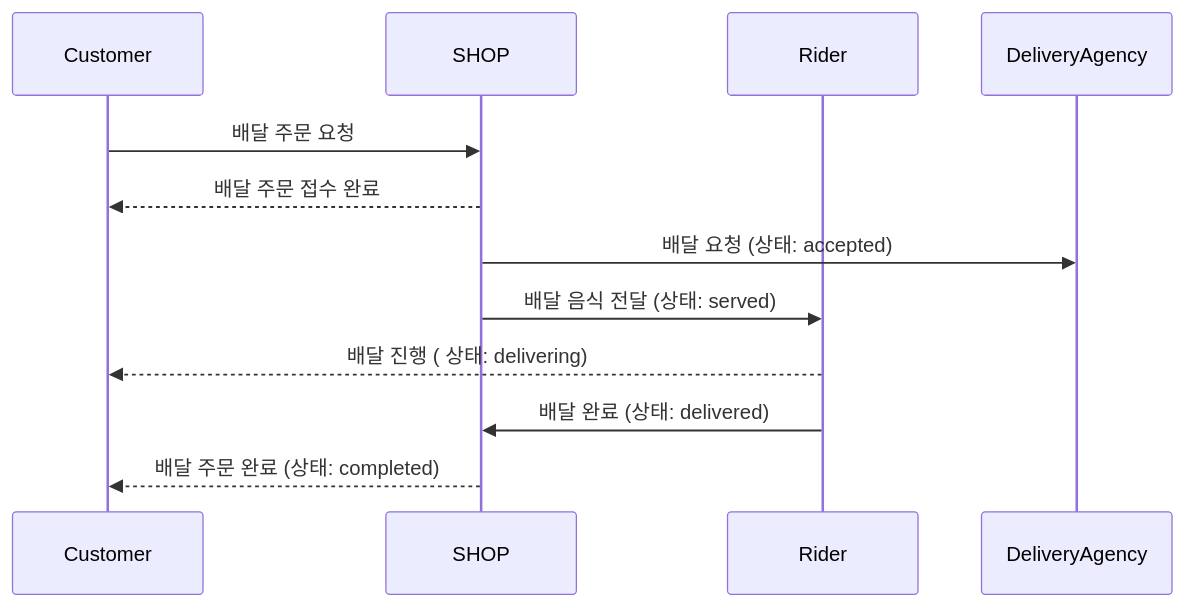
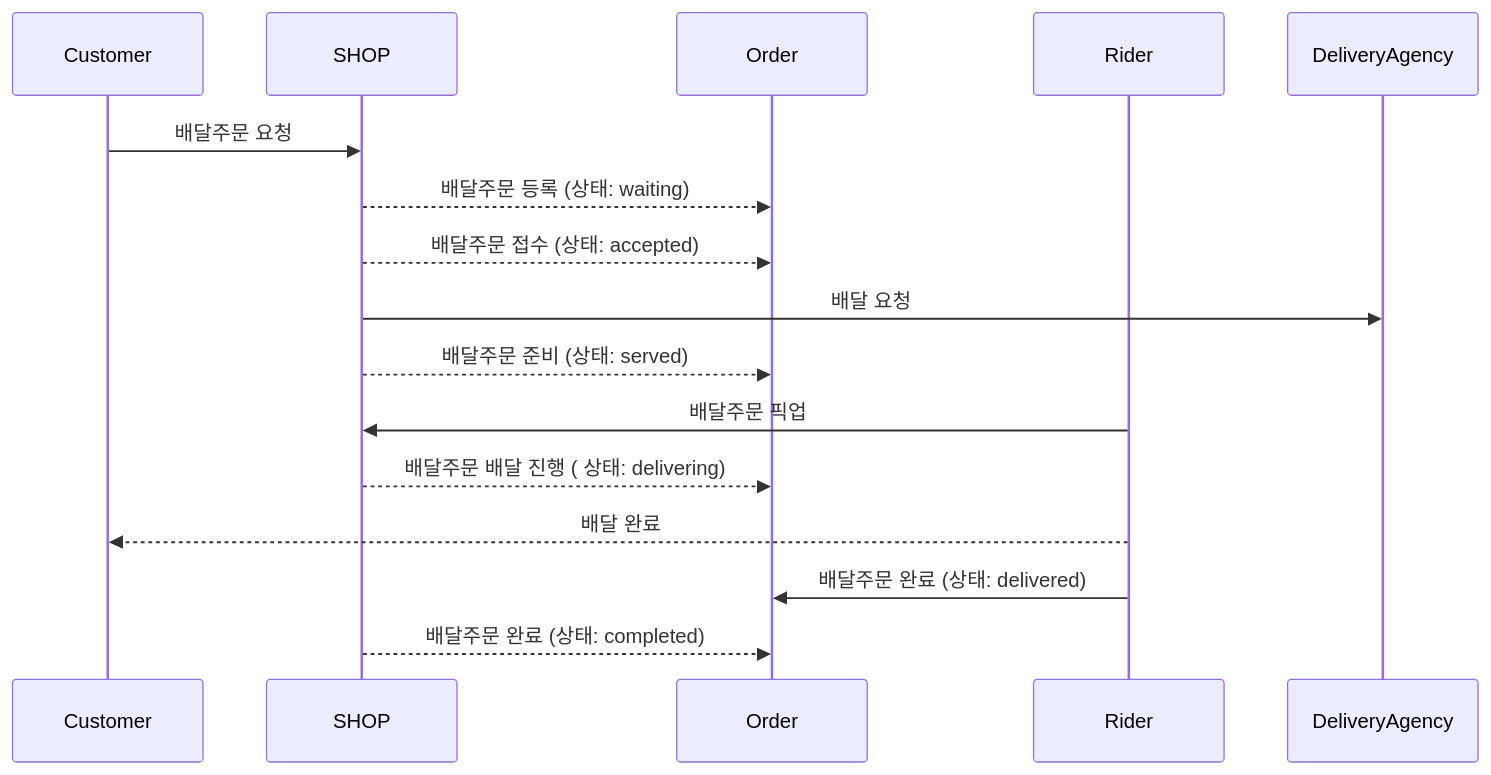
The sixth of 7 diagrams in README.md (jinyoonYang/ddd-strategic-design), drawn with Mermaid before and after one commit. The commit also changed other lines of this file, not shown here.

````diff
--- a/README.md
+++ b/README.md
@@ -301,15 +313,19 @@
 ```mermaid
 sequenceDiagram
     participant Customer
     participant SHOP
+    participant Order
     participant Rider
     participant DeliveryAgency
-    Customer ->> SHOP: 배달 주문 요청
-    SHOP -->> Customer: 배달 주문 접수 완료
-    SHOP ->> DeliveryAgency: 배달 요청 (상태: accepted)
-    SHOP ->> Rider: 배달 음식 전달 (상태: served)
-    Rider -->> Customer: 배달 진행 ( 상태: delivering)
-    Rider ->> SHOP: 배달 완료 (상태: delivered)
-    SHOP -->> Customer: 배달 주문 완료 (상태: completed)
+    Customer ->> SHOP: 배달주문 요청
+    SHOP -->> Order: 배달주문 등록 (상태: waiting)
+    SHOP -->> Order: 배달주문 접수 (상태: accepted)
+    SHOP ->> DeliveryAgency: 배달 요청
+    SHOP -->> Order: 배달주문 준비 (상태: served)
+    Rider ->> SHOP: 배달주문 픽업
+    SHOP -->> Order: 배달주문 배달 진행 ( 상태: delivering)
+    Rider -->> Customer: 배달 완료
+    Rider ->> Order: 배달주문 완료 (상태: delivered)
+    SHOP -->> Order: 배달주문 완료 (상태: completed)
 
 ```
````
